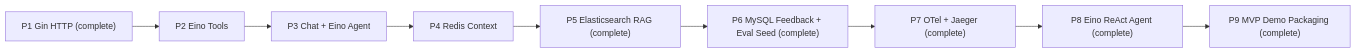
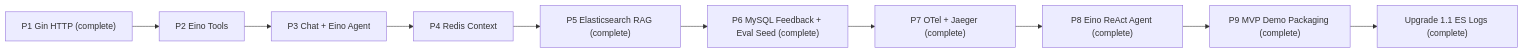
The diagram in docs/ROADMAP.md (jiawei-wang-dev/WatchOps-Lite), drawn with Mermaid before and after one commit. The commit also changed other lines of this file and 26 other files, not shown here.

````diff
--- a/docs/ROADMAP.md
+++ b/docs/ROADMAP.md
@@ -205,11 +226,12 @@
 ```mermaid
 flowchart LR
     P1["P1 Gin HTTP (complete)"] --> P2["P2 Eino Tools"]
     P2 --> P3["P3 Chat + Eino Agent"]
     P3 --> P4["P4 Redis Context"]
     P4 --> P5["P5 Elasticsearch RAG (complete)"]
     P5 --> P6["P6 MySQL Feedback + Eval Seed (complete)"]
     P6 --> P7["P7 OTel + Jaeger (complete)"]
     P7 --> P8["P8 Eino ReAct Agent (complete)"]
     P8 --> P9["P9 MVP Demo Packaging (complete)"]
+    P9 --> U11["Upgrade 1.1 ES Logs (complete)"]
 ```
````
